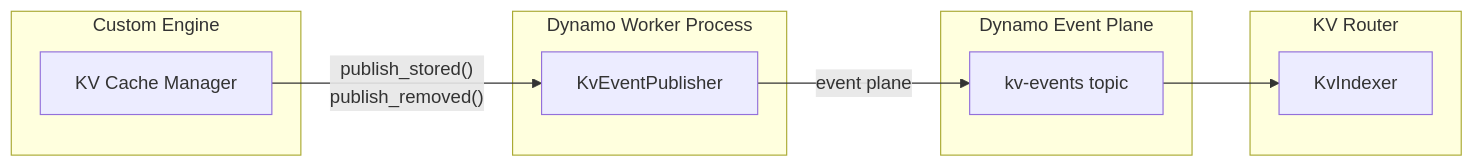
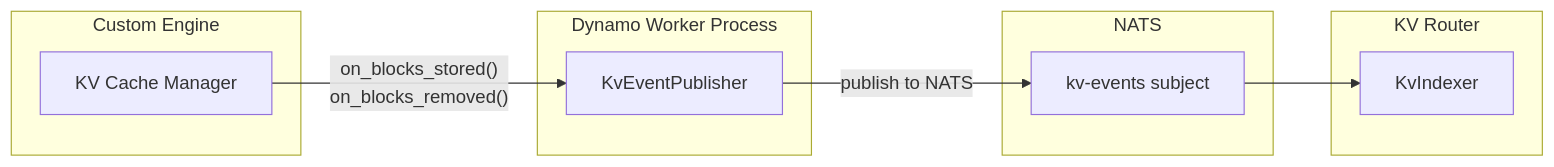
Before and after one commit to ai-dynamo/dynamo: the first of 2 diagrams in docs/pages/integrations/kv-events-custom-engines.md, drawn with Mermaid. The commit also changed other lines of this file and 384 other files, not shown here.

````diff
--- a/docs/pages/integrations/kv-events-custom-engines.md
+++ b/docs/pages/integrations/kv-events-custom-engines.md
@@ -53,22 +51,22 @@
 ```mermaid
 flowchart LR
     subgraph Engine["Custom Engine"]
         cache["KV Cache Manager"]
     end
 
     subgraph Worker["Dynamo Worker Process"]
         pub["KvEventPublisher"]
     end
 
-    subgraph EP["Dynamo Event Plane"]
-        topic["kv-events topic"]
+    subgraph NATS["NATS"]
+        subject["kv-events subject"]
     end
 
     subgraph Router["KV Router"]
         indexer["KvIndexer"]
     end
 
-    cache -->|"publish_stored()<br/>publish_removed()"| pub
-    pub -->|"event plane"| topic
-    topic --> indexer
+    cache -->|"on_blocks_stored()<br/>on_blocks_removed()"| pub
+    pub -->|"publish to NATS"| subject
+    subject --> indexer
 ```
````
